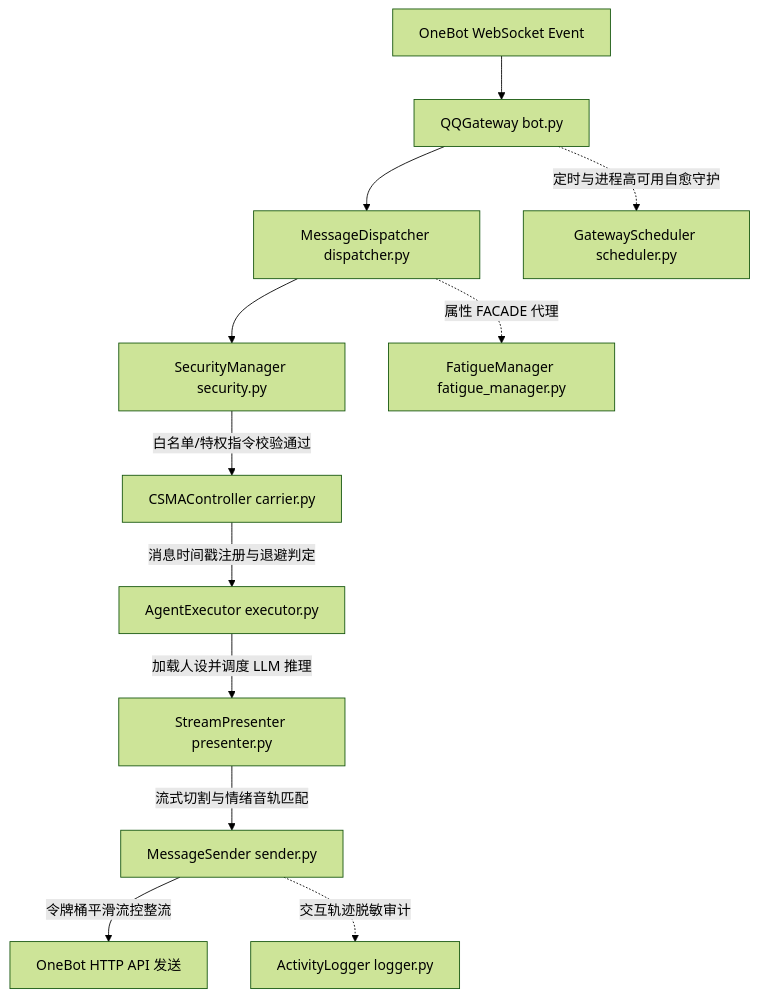
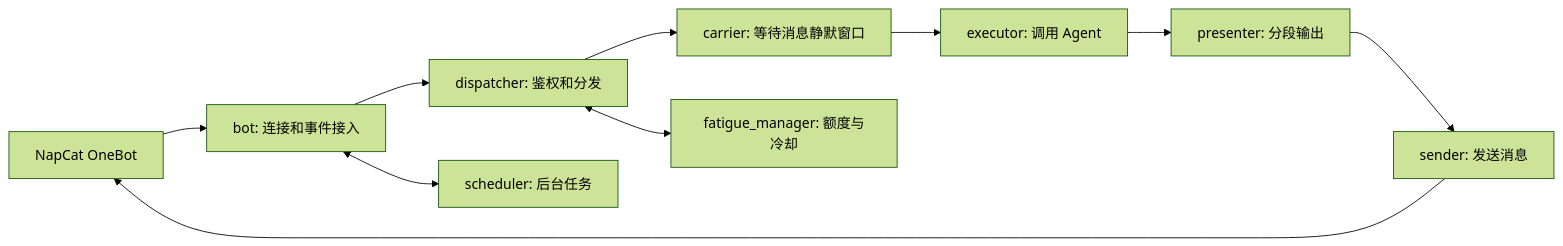
Before and after one commit to bmdy6/jingwei: the diagram in docs/architecture/GATEWAY_CSMA_FATIGUE.md, drawn with Mermaid (forest theme). The commit also changed other lines of this file and 72 other files, not shown here.

````diff
--- a/docs/architecture/GATEWAY_CSMA_FATIGUE.md
+++ b/docs/architecture/GATEWAY_CSMA_FATIGUE.md
@@ -15,15 +5,12 @@
 ```mermaid
-graph TD
-    A[OneBot WebSocket Event] --> B[QQGateway bot.py]
-    B --> C[MessageDispatcher dispatcher.py]
-    C --> D[SecurityManager security.py]
-    D -- 白名单/特权指令校验通过 --> E[CSMAController carrier.py]
-    E -- 消息时间戳注册与退避判定 --> F[AgentExecutor executor.py]
-    F -- 加载人设并调度 LLM 推理 --> G[StreamPresenter presenter.py]
-    G -- 流式切割与情绪音轨匹配 --> H[MessageSender sender.py]
-    H -- 令牌桶平滑流控整流 --> I[OneBot HTTP API 发送]
-    
-    C -. 属性 FACADE 代理 .-> J[FatigueManager fatigue_manager.py]
-    B -. 定时与进程高可用自愈守护 .-> K[GatewayScheduler scheduler.py]
-    H -. 交互轨迹脱敏审计 .-> L[ActivityLogger logger.py]
+flowchart LR
+    N[NapCat OneBot] --> B[bot: 连接和事件接入]
+    B --> D[dispatcher: 鉴权和分发]
+    D --> C[carrier: 等待消息静默窗口]
+    C --> E[executor: 调用 Agent]
+    E --> P[presenter: 分段输出]
+    P --> S[sender: 发送消息]
+    S --> N
+    D <--> F[fatigue_manager: 额度与冷却]
+    B <--> T[scheduler: 后台任务]
 ```
````
